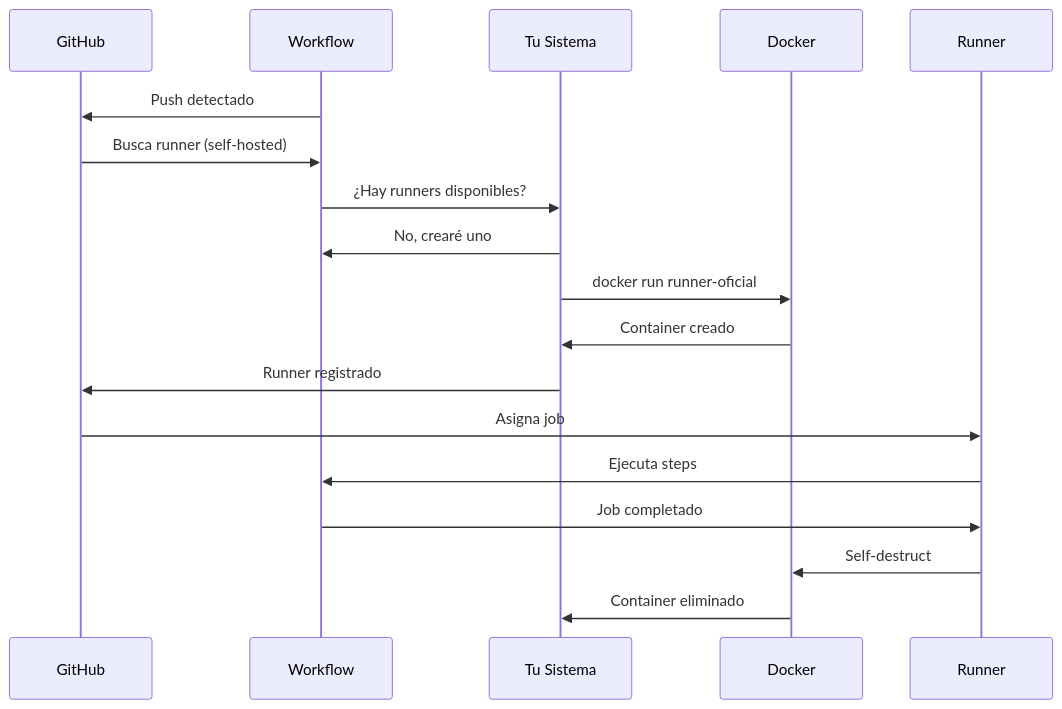
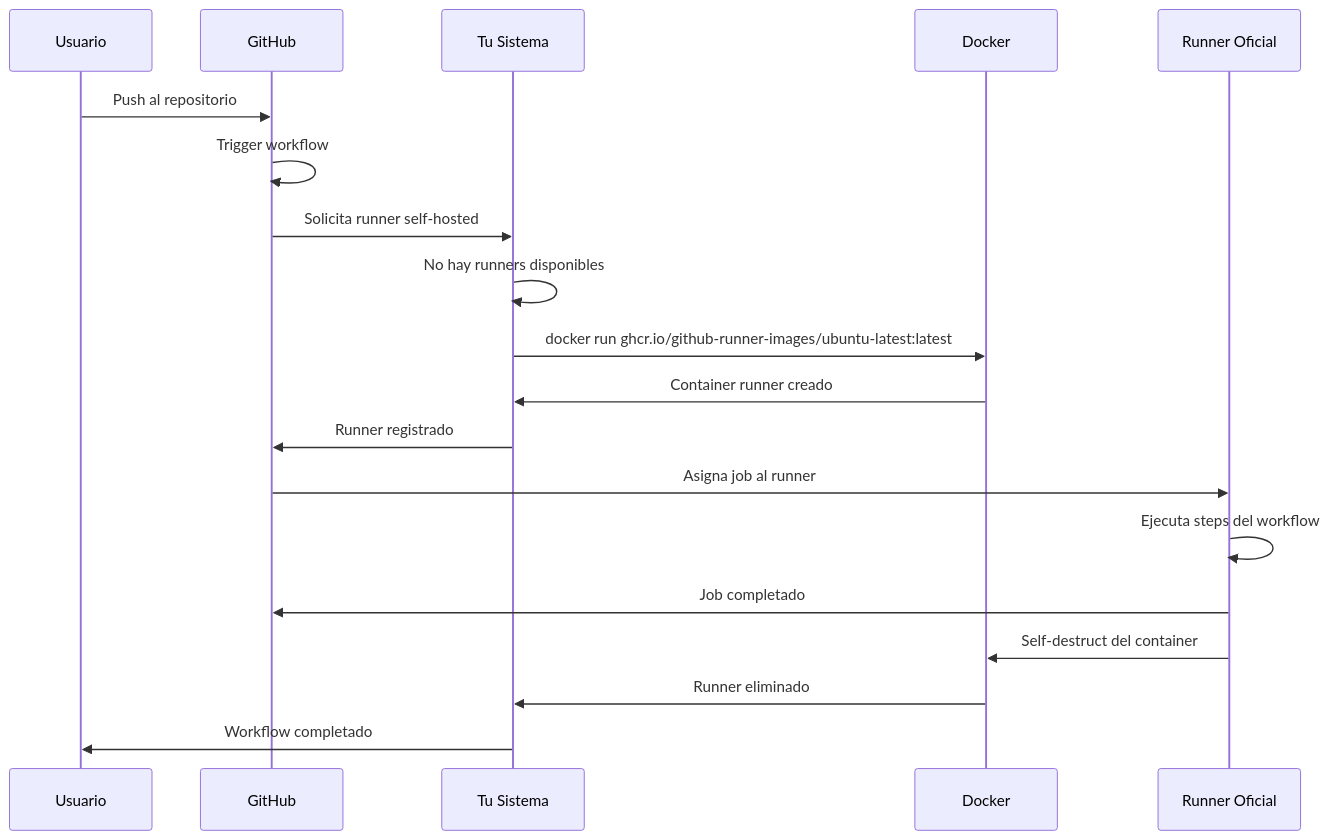
The second of 2 diagrams in README.md (eliaspizarro/gha-ephemeral-runners), drawn with Mermaid before and after one commit. The commit also changed other lines of this file, not shown here.

Commit message:
Simplificada documentacion - mejorado diagrama de secuencia con flujo Usuario->GitHub->Sistema, reducida seccion API Reference a tabla concisa de endpoints, eliminadas secciones redundantes de health checks y troubleshooting, y removida comparativa con runners tradicionales

````diff
--- a/README.md
+++ b/README.md
@@ -190,21 +190,22 @@
 ```mermaid
 sequenceDiagram
+    participant User as Usuario
     participant GH as GitHub
-    participant WF as Workflow
     participant SYS as Tu Sistema
     participant DOCKER as Docker
-    participant RUN as Runner
+    participant RUN as Runner Oficial
     
-    WF->>GH: Push detectado
-    GH->>WF: Busca runner (self-hosted)
-    WF->>SYS: ¿Hay runners disponibles?
-    SYS->>WF: No, crearé uno
-    SYS->>DOCKER: docker run runner-oficial
-    DOCKER->>SYS: Container creado
+    User->>GH: Push al repositorio
+    GH->>GH: Trigger workflow
+    GH->>SYS: Solicita runner self-hosted
+    SYS->>SYS: No hay runners disponibles
+    SYS->>DOCKER: docker run ghcr.io/github-runner-images/ubuntu-latest:latest
+    DOCKER->>SYS: Container runner creado
     SYS->>GH: Runner registrado
-    GH->>RUN: Asigna job
-    RUN->>WF: Ejecuta steps
-    WF->>RUN: Job completado
-    RUN->>DOCKER: Self-destruct
-    DOCKER->>SYS: Container eliminado
+    GH->>RUN: Asigna job al runner
+    RUN->>RUN: Ejecuta steps del workflow
+    RUN->>GH: Job completado
+    RUN->>DOCKER: Self-destruct del container
+    DOCKER->>SYS: Runner eliminado
+    SYS->>User: Workflow completado
 ```
````
